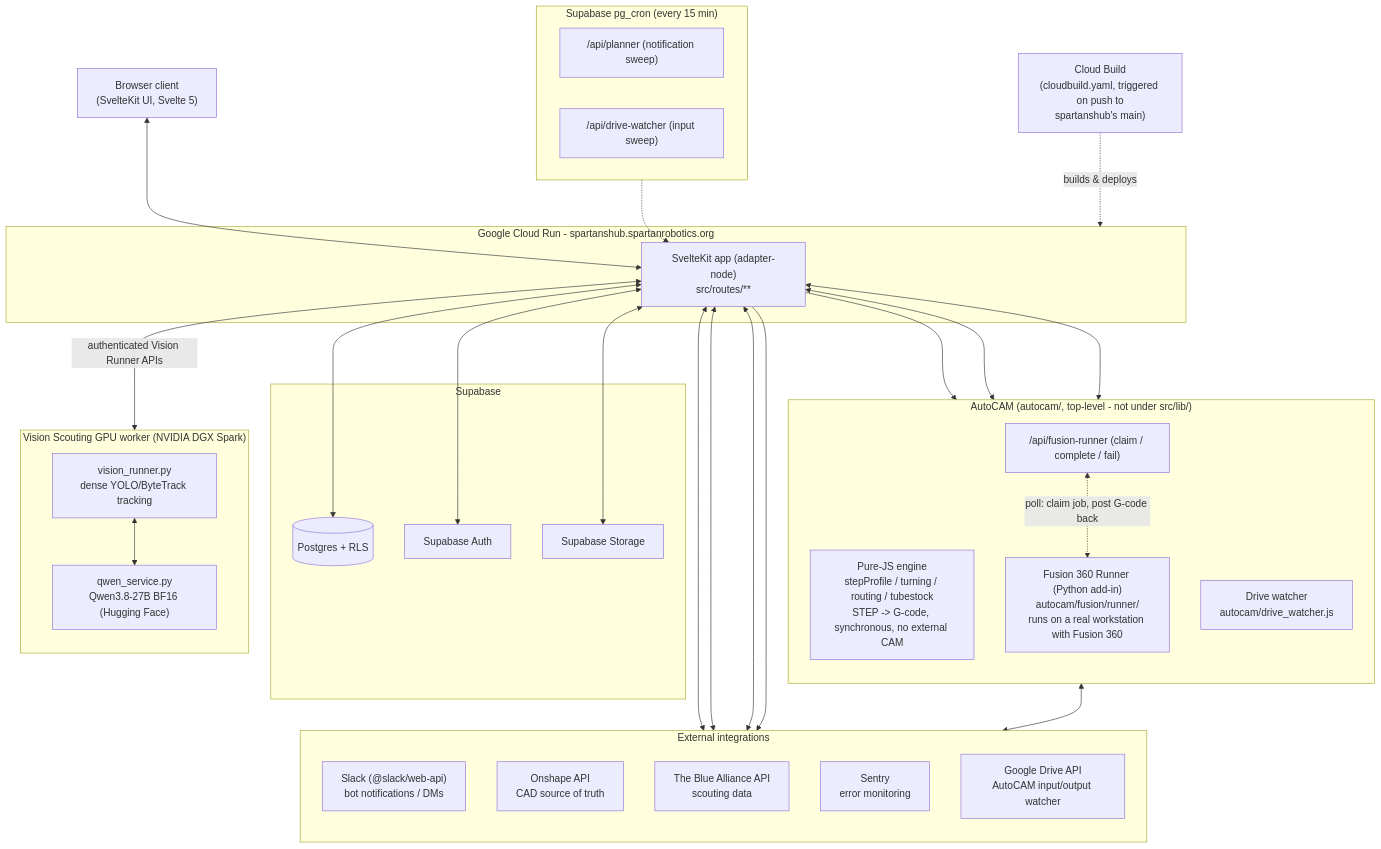
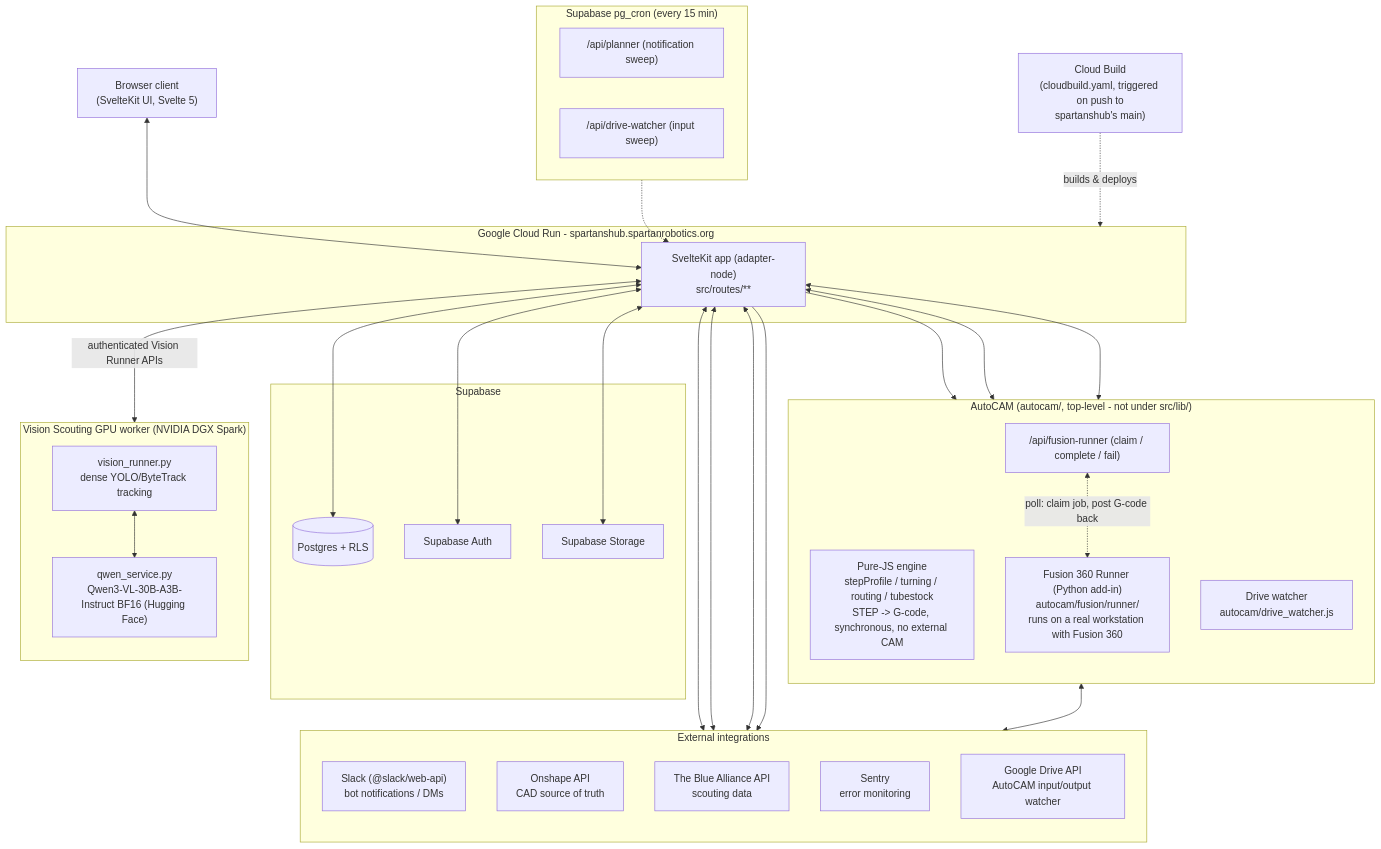
Before and after one commit to yuvanshankar30/971APP: the diagram in docs/design/ARCHITECTURE.md, drawn with Mermaid. The commit also changed other lines of this file and 22 other files, not shown here.

````diff
--- a/docs/design/ARCHITECTURE.md
+++ b/docs/design/ARCHITECTURE.md
@@ -12,63 +12,63 @@
 ```mermaid
 flowchart TB
     Browser["Browser client<br/>(SvelteKit UI, Svelte 5)"]
 
     subgraph CloudRun["Google Cloud Run - spartanshub.spartanrobotics.org"]
         App["SvelteKit app (adapter-node)<br/>src/routes/**"]
     end
 
     subgraph Supabase["Supabase"]
         Postgres[("Postgres + RLS")]
         Auth["Supabase Auth"]
         Storage["Supabase Storage"]
     end
 
     Browser <--> App
     App <--> Auth
     App <--> Postgres
     App <--> Storage
 
     subgraph AutoCAM["AutoCAM (autocam/, top-level - not under src/lib/)"]
         direction TB
         Engine["Pure-JS engine<br/>stepProfile / turning / routing / tubestock<br/>STEP -> G-code, synchronous, no external CAM"]
         FusionAPI["/api/fusion-runner (claim / complete / fail)"]
         FusionRunner["Fusion 360 Runner (Python add-in)<br/>autocam/fusion/runner/<br/>runs on a real workstation with Fusion 360"]
         DriveWatcher["Drive watcher<br/>autocam/drive_watcher.js"]
     end
 
     App --> Engine
     App <--> FusionAPI
     FusionAPI <-. "poll: claim job, post G-code back" .-> FusionRunner
     App <--> DriveWatcher
 
     subgraph Vision["Vision Scouting GPU worker (NVIDIA DGX Spark)"]
         direction TB
         VisionRunner["vision_runner.py<br/>dense YOLO/ByteTrack tracking"]
-        Qwen["qwen_service.py<br/>Qwen3.8-27B BF16 (Hugging Face)"]
+        Qwen["qwen_service.py<br/>Qwen3-VL-30B-A3B-Instruct BF16 (Hugging Face)"]
     end
 
     App <--> |"authenticated Vision Runner APIs"| VisionRunner
     VisionRunner <--> Qwen
 
     subgraph Cron["Supabase pg_cron (every 15 min)"]
         PlannerCron["/api/planner (notification sweep)"]
         DriveCron["/api/drive-watcher (input sweep)"]
     end
     Cron -.-> App
 
     subgraph External["External integrations"]
         direction TB
         Slack["Slack (@slack/web-api)<br/>bot notifications / DMs"]
         Onshape["Onshape API<br/>CAD source of truth"]
         TBA["The Blue Alliance API<br/>scouting data"]
         Sentry["Sentry<br/>error monitoring"]
         GDrive["Google Drive API<br/>AutoCAM input/output watcher"]
     end
     App <--> Slack
     App <--> Onshape
     App <--> TBA
     App --> Sentry
     DriveWatcher <--> GDrive
 
     CloudBuild["Cloud Build<br/>(cloudbuild.yaml, triggered on push to<br/>spartanshub's main)"] -.->|builds & deploys| CloudRun
 ```
````
